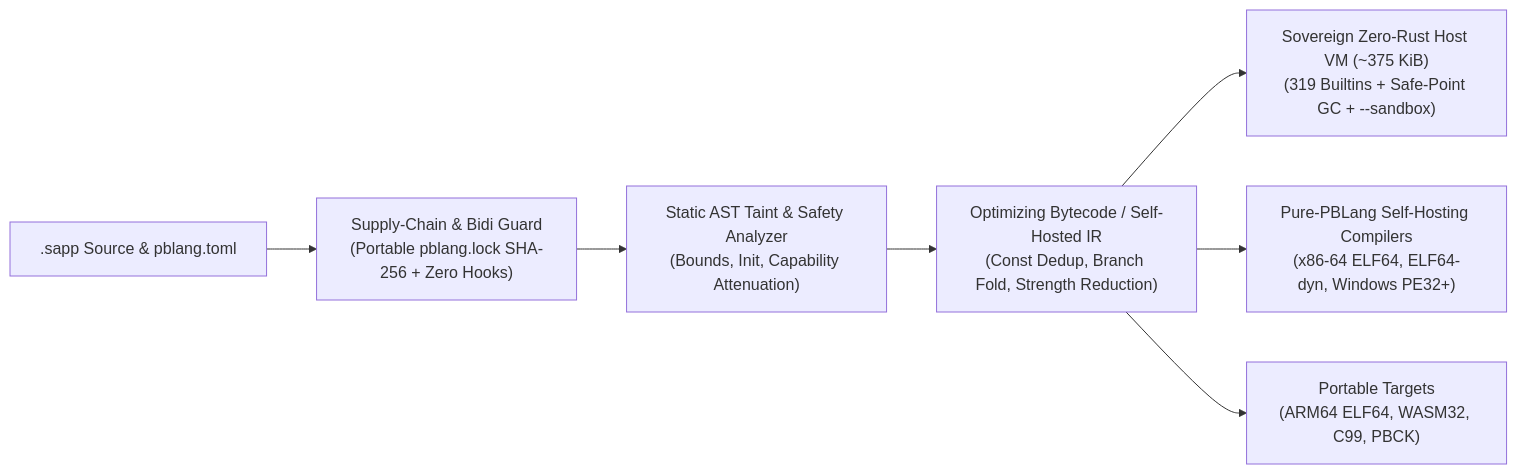
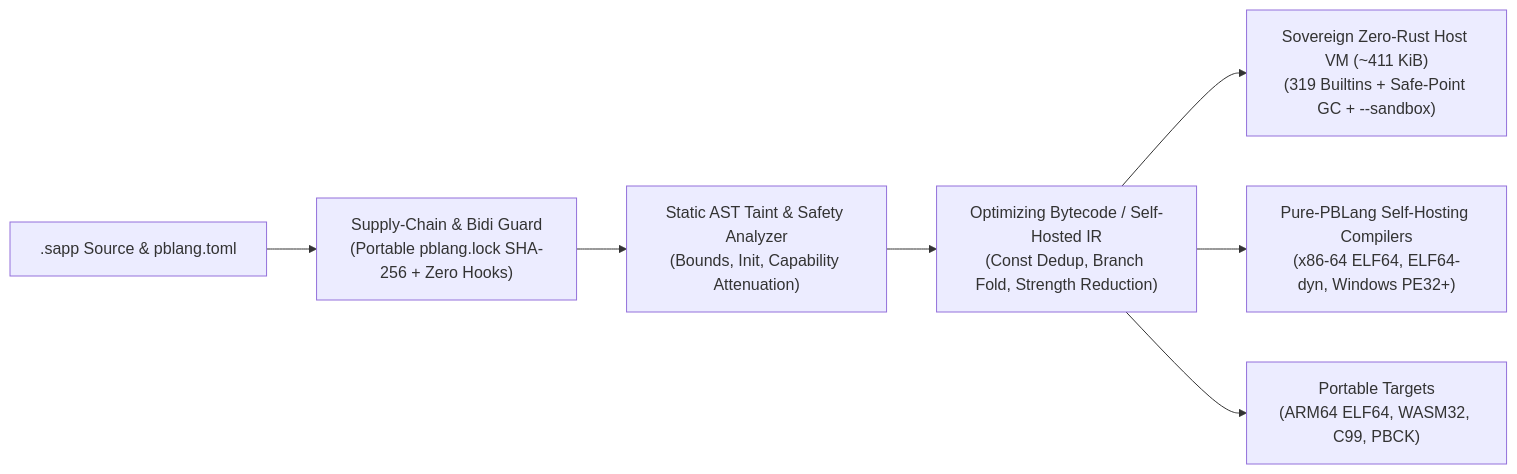
Before and after one commit to PanosBiazis/pblang: the diagram in README.md, drawn with Mermaid. The commit also changed other lines of this file and 8 other files, not shown here.

Commit message:
feat(runtime): complete Zero-Rust polymorphic pblang update & contextual fn names (v2.0.0)

````diff
--- a/README.md
+++ b/README.md
@@ -163,9 +163,9 @@
 ```mermaid
 flowchart LR
     A[".sapp Source & pblang.toml"] --> B["Supply-Chain & Bidi Guard\n(Portable pblang.lock SHA-256 + Zero Hooks)"]
     B --> C["Static AST Taint & Safety Analyzer\n(Bounds, Init, Capability Attenuation)"]
     C --> D["Optimizing Bytecode / Self-Hosted IR\n(Const Dedup, Branch Fold, Strength Reduction)"]
-    D --> E1["Sovereign Zero-Rust Host VM (~375 KiB)\n(319 Builtins + Safe-Point GC + --sandbox)"]
+    D --> E1["Sovereign Zero-Rust Host VM (~411 KiB)\n(319 Builtins + Safe-Point GC + --sandbox)"]
     D --> E2["Pure-PBLang Self-Hosting Compilers\n(x86-64 ELF64, ELF64-dyn, Windows PE32+)"]
     D --> E3["Portable Targets\n(ARM64 ELF64, WASM32, C99, PBCK)"]
 ```
````
